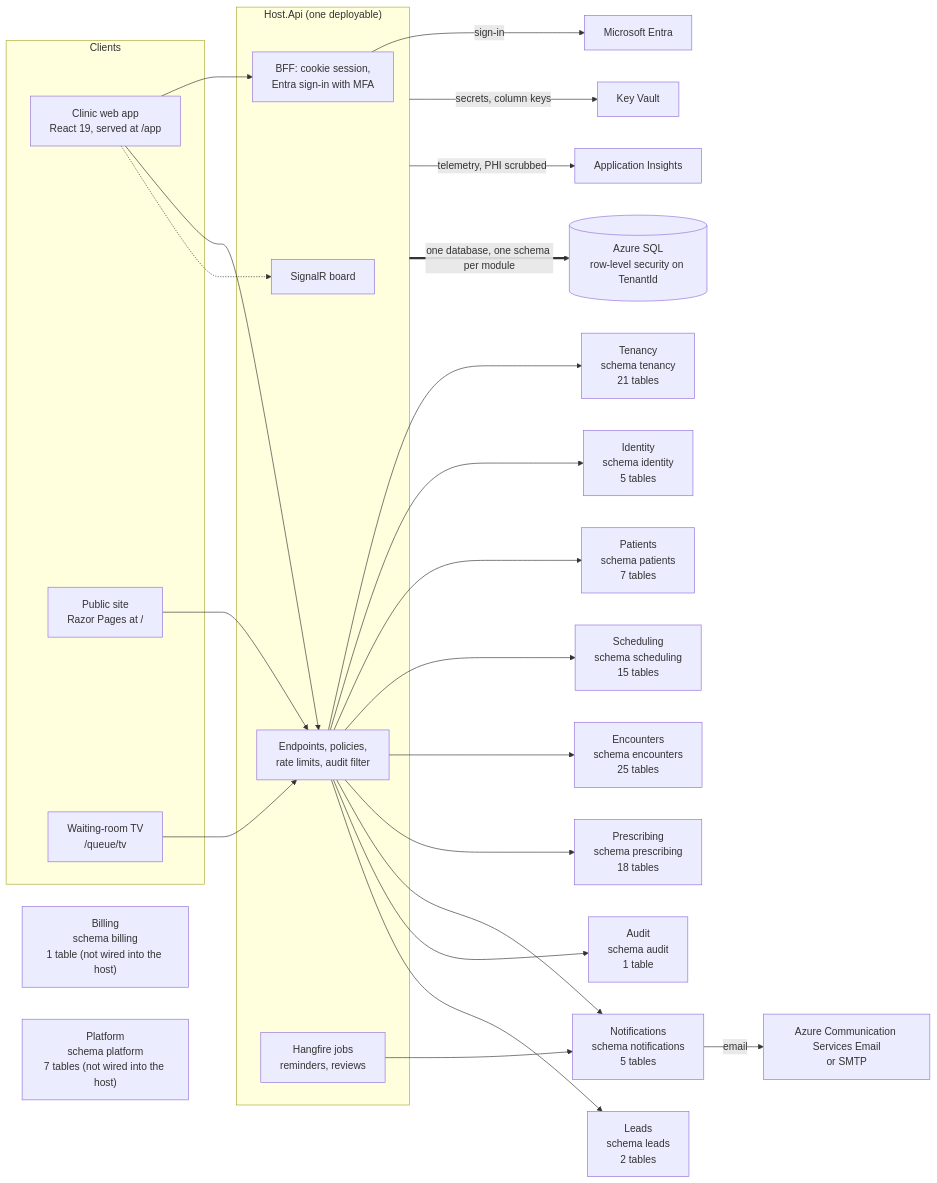
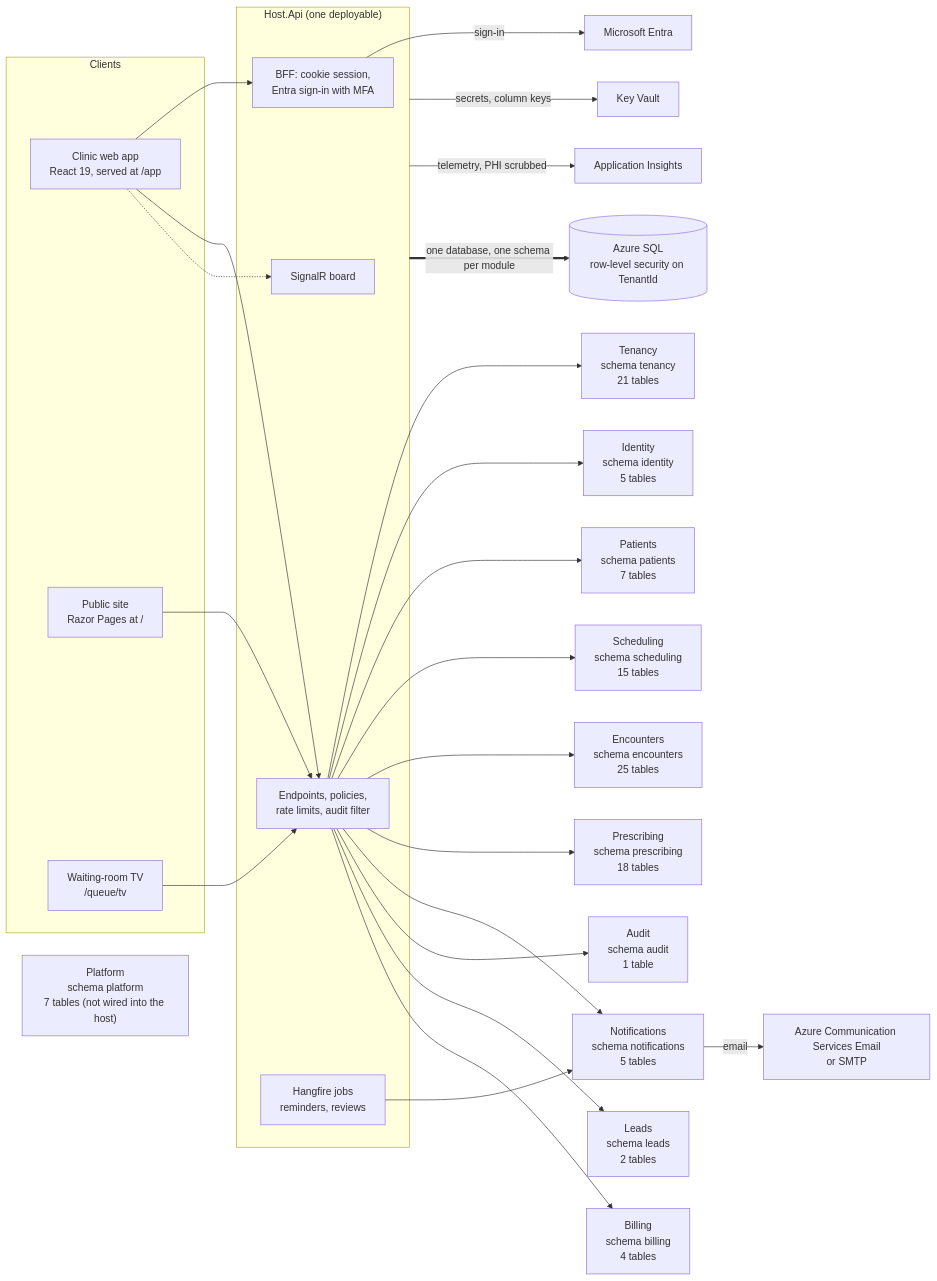
Before and after one commit to ALFRED-LUCIFER/medvya: the first of 14 diagrams in docs/03-architecture/erd.md, drawn with Mermaid. The commit also changed other lines of this file and 68 other files, not shown here.

````diff
--- a/docs/03-architecture/erd.md
+++ b/docs/03-architecture/erd.md
@@ -15,36 +15,36 @@
 ```mermaid
 flowchart LR
   subgraph Clients
     web["Clinic web app<br/>React 19, served at /app"]
     site["Public site<br/>Razor Pages at /"]
     tv["Waiting-room TV<br/>/queue/tv"]
   end
   subgraph Host["Host.Api (one deployable)"]
     bff["BFF: cookie session,<br/>Entra sign-in with MFA"]
     api["Endpoints, policies,<br/>rate limits, audit filter"]
     hub["SignalR board"]
     jobs["Hangfire jobs<br/>reminders, reviews"]
   end
   web --> bff
   web --> api
   web -.-> hub
   tv --> api
   site --> api
   api --> Tenancy["Tenancy<br/>schema tenancy<br/>21 tables"]
   api --> Identity["Identity<br/>schema identity<br/>5 tables"]
   api --> Patients["Patients<br/>schema patients<br/>7 tables"]
   api --> Scheduling["Scheduling<br/>schema scheduling<br/>15 tables"]
   api --> Encounters["Encounters<br/>schema encounters<br/>25 tables"]
   api --> Prescribing["Prescribing<br/>schema prescribing<br/>18 tables"]
   api --> Notifications["Notifications<br/>schema notifications<br/>5 tables"]
   api --> Audit["Audit<br/>schema audit<br/>1 table"]
   api --> Leads["Leads<br/>schema leads<br/>2 tables"]
-  Billing["Billing<br/>schema billing<br/>1 table (not wired into the host)"]
+  api --> Billing["Billing<br/>schema billing<br/>4 tables"]
   Platform["Platform<br/>schema platform<br/>7 tables (not wired into the host)"]
   jobs --> Notifications
   bff -->|"sign-in"| entra["Microsoft Entra"]
   Notifications -->|"email"| mail["Azure Communication Services Email<br/>or SMTP"]
   Host -->|"secrets, column keys"| kv["Key Vault"]
   Host -->|"telemetry, PHI scrubbed"| ai["Application Insights"]
   Host ==>|"one database, one schema per module"| sql[("Azure SQL<br/>row-level security on TenantId")]
 ```
````
